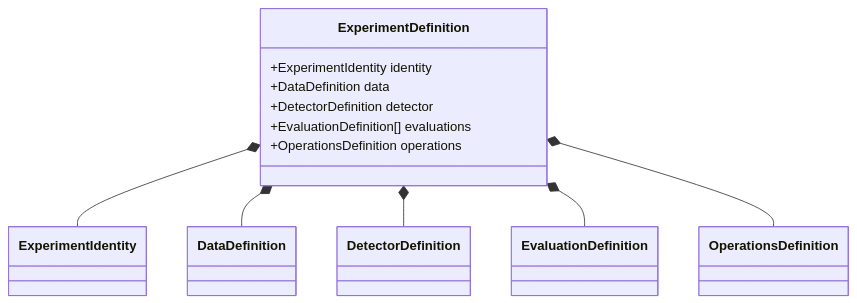
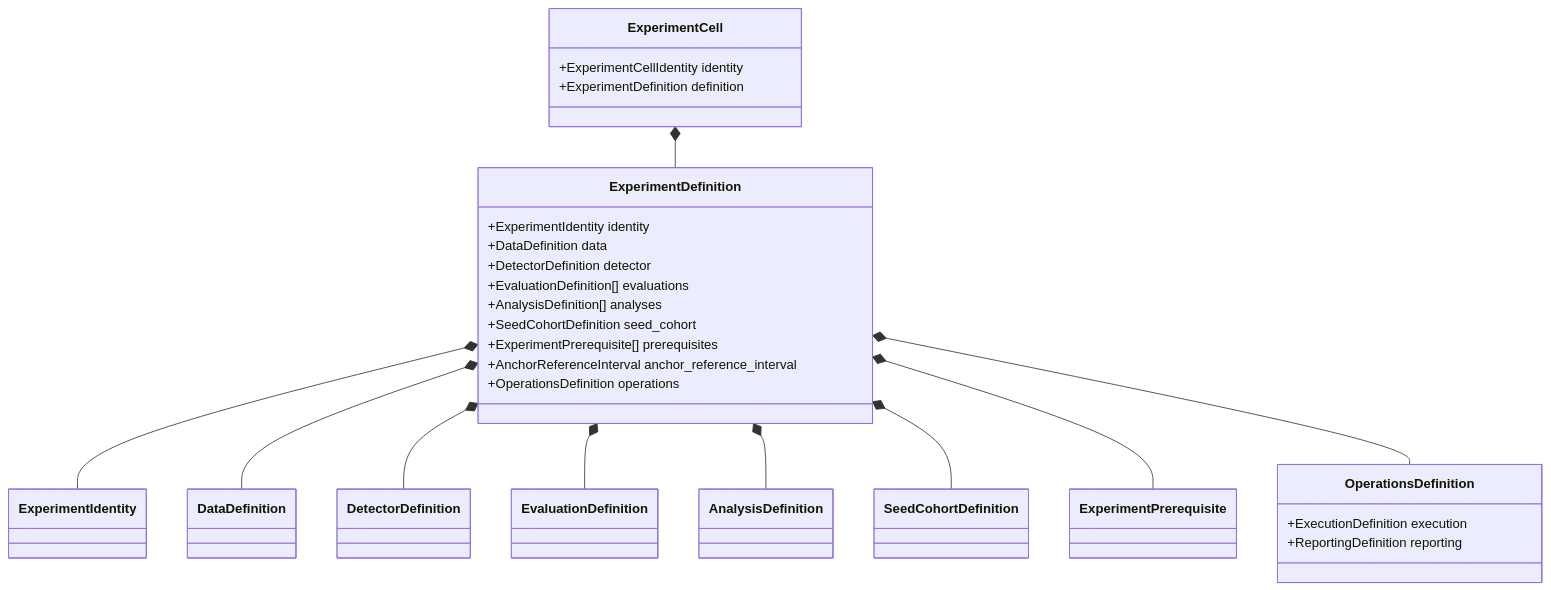
Before and after one commit to naslouby-salahe/datp-core: the second of 2 diagrams in docs/Architecture/DOMAIN_AND_APPLICATION_ARCHITECTURE.md, drawn with Mermaid. The commit also changed other lines of this file and 6 other files, not shown here.

````diff
--- a/docs/Architecture/DOMAIN_AND_APPLICATION_ARCHITECTURE.md
+++ b/docs/Architecture/DOMAIN_AND_APPLICATION_ARCHITECTURE.md
@@ -620,20 +775,38 @@
 ```mermaid
 classDiagram
+    class ExperimentCell {
+      +ExperimentCellIdentity identity
+      +ExperimentDefinition definition
+    }
     class ExperimentDefinition {
       +ExperimentIdentity identity
       +DataDefinition data
       +DetectorDefinition detector
       +EvaluationDefinition[] evaluations
+      +AnalysisDefinition[] analyses
+      +SeedCohortDefinition seed_cohort
+      +ExperimentPrerequisite[] prerequisites
+      +AnchorReferenceInterval anchor_reference_interval
       +OperationsDefinition operations
     }
     class DataDefinition
     class DetectorDefinition
     class EvaluationDefinition
-    class OperationsDefinition
+    class AnalysisDefinition
+    class SeedCohortDefinition
+    class ExperimentPrerequisite
+    class OperationsDefinition {
+      +ExecutionDefinition execution
+      +ReportingDefinition reporting
+    }
     class ExperimentIdentity
+    ExperimentCell *-- ExperimentDefinition
     ExperimentDefinition *-- ExperimentIdentity
     ExperimentDefinition *-- DataDefinition
     ExperimentDefinition *-- DetectorDefinition
     ExperimentDefinition *-- EvaluationDefinition
+    ExperimentDefinition *-- AnalysisDefinition
+    ExperimentDefinition *-- SeedCohortDefinition
+    ExperimentDefinition *-- ExperimentPrerequisite
     ExperimentDefinition *-- OperationsDefinition
 ```
````
